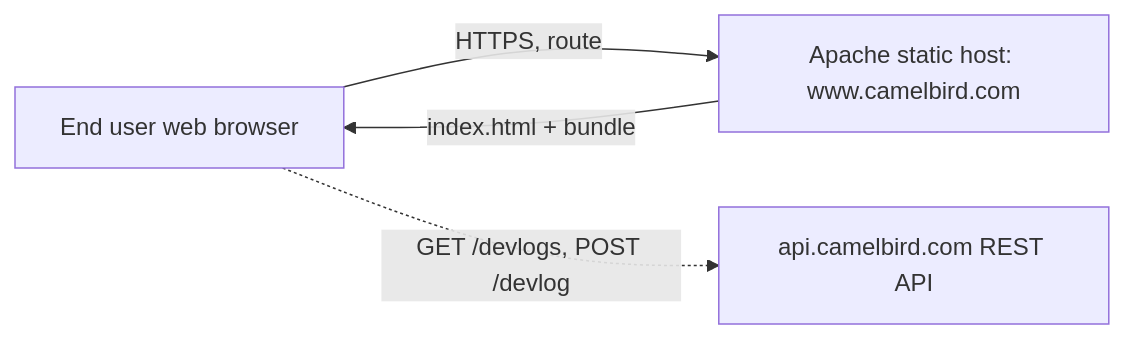
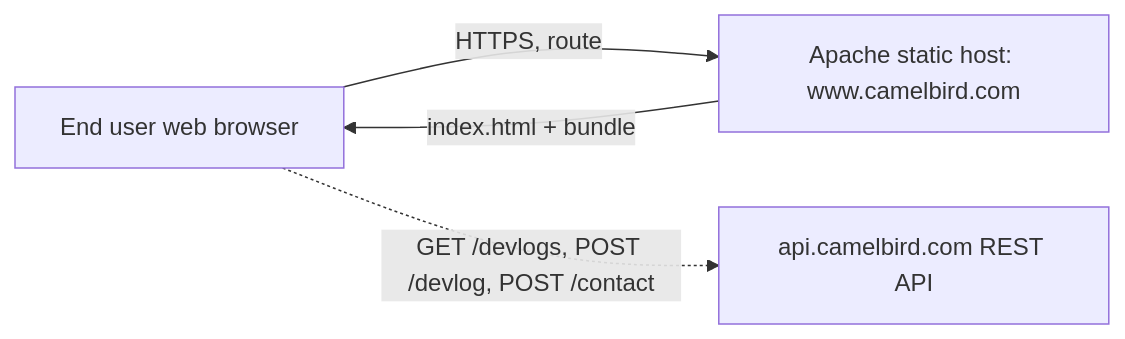
Before and after one commit to dangard/CamelBird: the first of 3 diagrams in docs/ARCHITECTURE.md, drawn with Mermaid. The commit also changed other lines of this file and 18 other files, not shown here.

````diff
--- a/docs/ARCHITECTURE.md
+++ b/docs/ARCHITECTURE.md
@@ -23,10 +23,10 @@
 ```mermaid
 flowchart LR
   user[End user web browser]
   apache[Apache static host: www.camelbird.com]
   api[api.camelbird.com REST API]
 
   user -->|HTTPS, route| apache
   apache -->|index.html + bundle| user
-  user -.->|GET /devlogs, POST /devlog| api
+  user -.->|GET /devlogs, POST /devlog, POST /contact| api
 ```
````
